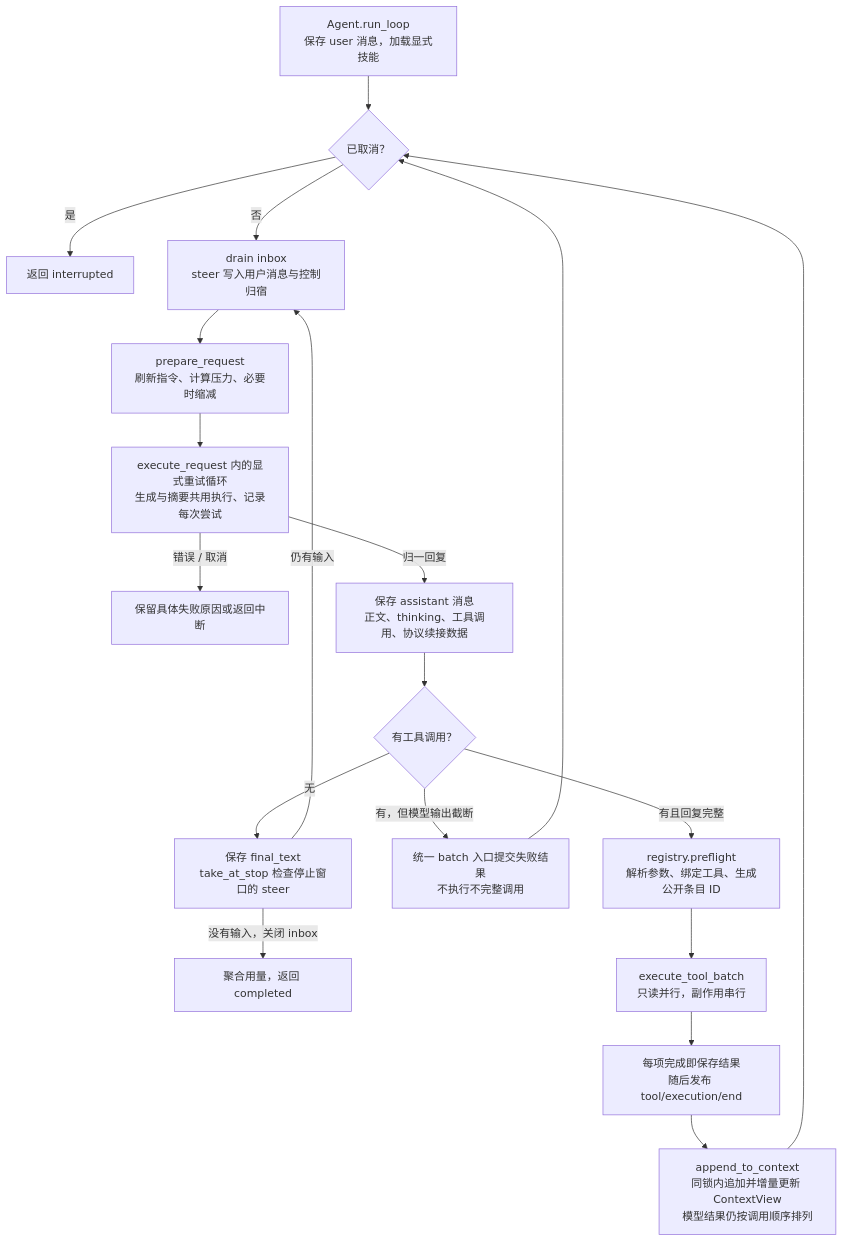
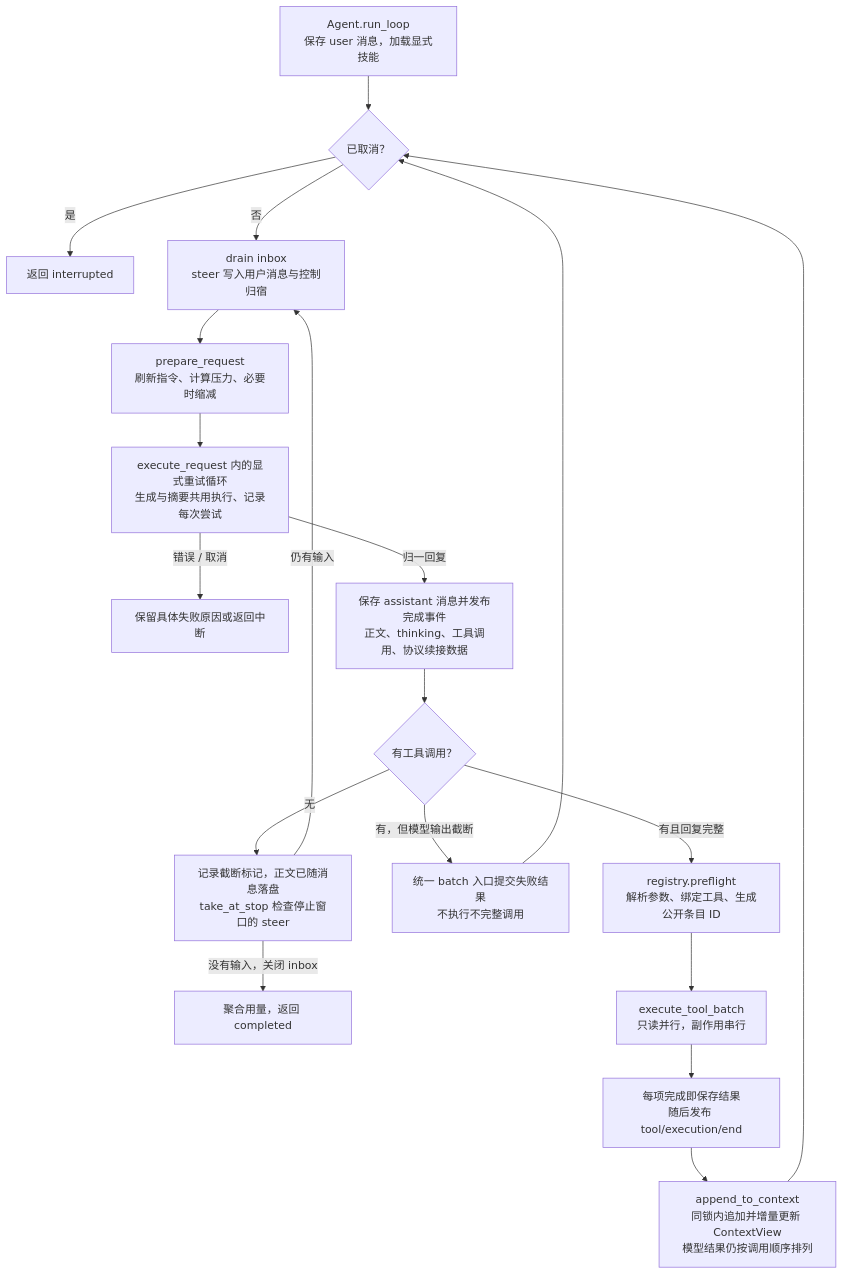
Diagram 14 of 29 in docs/singularity.md (qjcnmd/singularity-agent), drawn with Mermaid before and after one commit. The commit also changed 13 other files, not shown here.

````diff
--- a/docs/singularity.md
+++ b/docs/singularity.md
@@ -374,21 +374,21 @@
 ```mermaid
 flowchart TB
     Input["Agent.run_loop<br/>保存 user 消息，加载显式技能"] --> Cancel{"已取消？"}
     Cancel -->|"是"| Abort["返回 interrupted"]
     Cancel -->|"否"| Inbox["drain inbox<br/>steer 写入用户消息与控制归宿"]
     Inbox --> Prepare["prepare_request<br/>刷新指令、计算压力、必要时缩减"]
     Prepare --> Request["execute_request 内的显式重试循环<br/>生成与摘要共用执行、记录每次尝试"]
     Request -->|"错误 / 取消"| Failure["保留具体失败原因或返回中断"]
-    Request -->|"归一回复"| Assistant["保存 assistant 消息<br/>正文、thinking、工具调用、协议续接数据"]
+    Request -->|"归一回复"| Assistant["保存 assistant 消息并发布完成事件<br/>正文、thinking、工具调用、协议续接数据"]
     Assistant --> Calls{"有工具调用？"}
-    Calls -->|"无"| Stop["保存 final_text<br/>take_at_stop 检查停止窗口的 steer"]
+    Calls -->|"无"| Stop["记录截断标记，正文已随消息落盘<br/>take_at_stop 检查停止窗口的 steer"]
     Stop -->|"仍有输入"| Inbox
     Stop -->|"没有输入，关闭 inbox"| Completed["聚合用量，返回 completed"]
     Calls -->|"有，但模型输出截断"| Truncated["统一 batch 入口提交失败结果<br/>不执行不完整调用"]
     Truncated --> Cancel
     Calls -->|"有且回复完整"| Preflight["registry.preflight<br/>解析参数、绑定工具、生成公开条目 ID"]
     Preflight --> Batch["execute_tool_batch<br/>只读并行，副作用串行"]
     Batch --> Results["每项完成即保存结果<br/>随后发布 tool/execution/end"]
     Results --> Context["append_to_context<br/>同锁内追加并增量更新 ContextView<br/>模型结果仍按调用顺序排列"]
     Context --> Cancel
 ```
````
